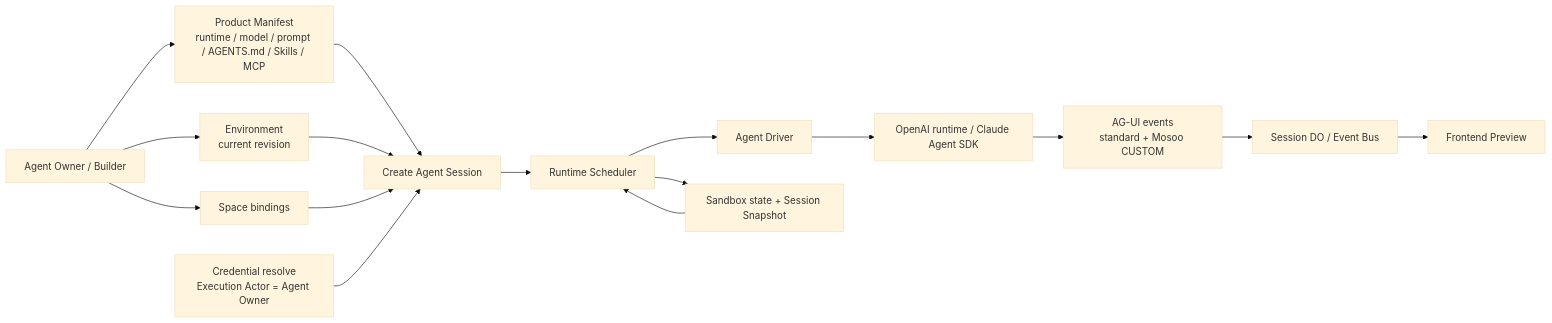
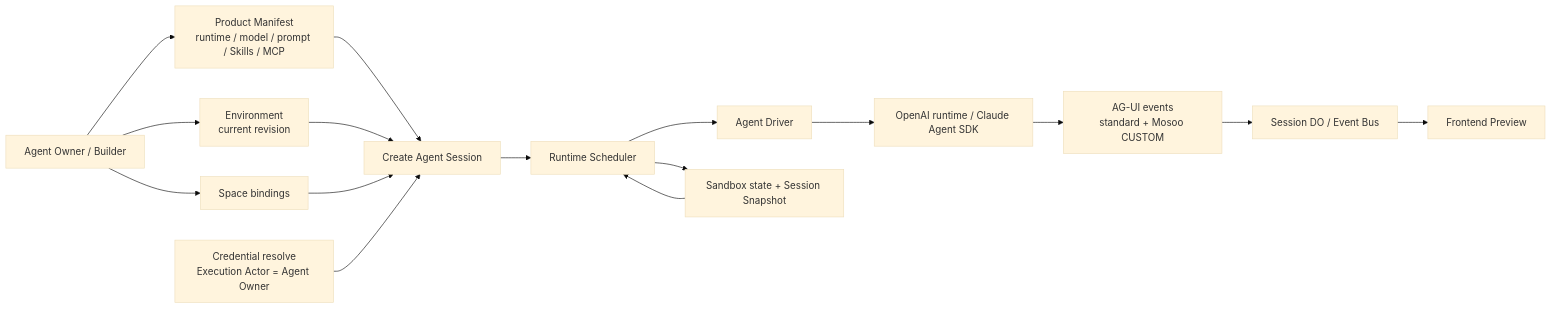
Before and after one commit to langgenius/mosoo: the first of 5 diagrams in dev/prd/runtime-session-kernel.md, drawn with Mermaid (base theme). The commit also changed other lines of this file and 94 other files, not shown here.

Commit message:
refactor(agent): remove AGENTS.md asset support

````diff
--- a/dev/prd/runtime-session-kernel.md
+++ b/dev/prd/runtime-session-kernel.md
@@ -86,18 +86,18 @@
 ```mermaid
 flowchart LR
-  Builder["Agent Owner / Builder"] --> Manifest["Product Manifest<br/>runtime / model / prompt / AGENTS.md / Skills / MCP"]
+  Builder["Agent Owner / Builder"] --> Manifest["Product Manifest<br/>runtime / model / prompt / Skills / MCP"]
   Builder --> Env["Environment<br/>current revision"]
   Builder --> Spaces["Space bindings"]
   Manifest --> Session["Create Agent Session"]
   Env --> Session
   Spaces --> Session
   Cred["Credential resolve<br/>Execution Actor = Agent Owner"] --> Session
   Session --> Runtime["Runtime Scheduler"]
   Runtime --> Driver["Agent Driver"]
   Driver --> Native["OpenAI runtime / Claude Agent SDK"]
   Native --> DriverEvents["AG-UI events<br/>standard + Mosoo CUSTOM"]
   DriverEvents --> SessionDO["Session DO / Event Bus"]
   SessionDO --> Preview["Frontend Preview"]
   Runtime --> State["Sandbox state + Session Snapshot"]
   State --> Runtime
 ```
````
